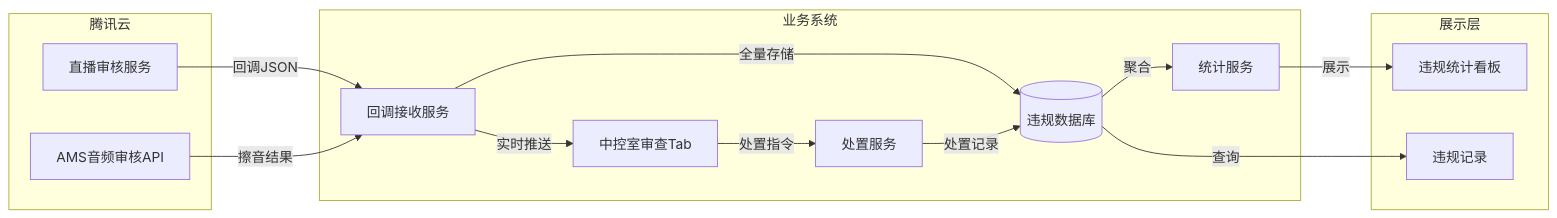
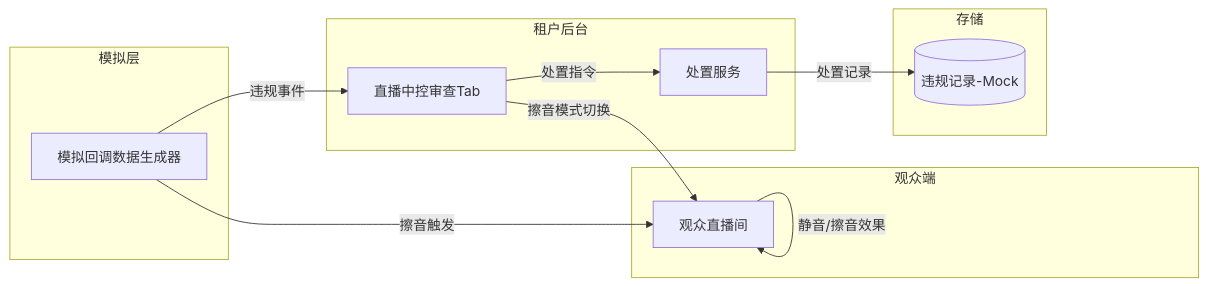
Before and after one commit to Stone1202/SAAS-APP: the second of 5 diagrams in projects/SAAS/docs/01-requirements/16-内容审查域-PRD-v1.0.0.md, drawn with Mermaid. The commit also changed other lines of this file and 63 other files, not shown here.

````diff
--- a/projects/SAAS/docs/01-requirements/16-内容审查域-PRD-v1.0.0.md
+++ b/projects/SAAS/docs/01-requirements/16-内容审查域-PRD-v1.0.0.md
@@ -199,30 +213,26 @@
 ```mermaid
 flowchart LR
-    subgraph 腾讯云
-        TC[直播审核服务]
-        AMS[AMS音频审核API]
+    subgraph 模拟层
+        Mock[模拟回调数据生成器]
     end
     
-    subgraph 业务系统
-        CB[回调接收服务]
-        DB[(违规数据库)]
-        Ctrl[中控室审查Tab]
+    subgraph 租户后台
+        Ctrl[直播中控审查Tab]
         Disp[处置服务]
-        Stat[统计服务]
     end
     
-    subgraph 展示层
-        Dash[违规统计看板]
-        Log[违规记录]
+    subgraph 观众端
+        Viewer[观众直播间]
     end
     
-    TC -->|回调JSON| CB
-    CB -->|全量存储| DB
-    CB -->|实时推送| Ctrl
+    subgraph 存储
+        DB[(违规记录-Mock)]
+    end
+    
+    Mock -->|违规事件| Ctrl
+    Mock -->|擦音触发| Viewer
     Ctrl -->|处置指令| Disp
     Disp -->|处置记录| DB
-    DB -->|聚合| Stat
-    Stat -->|展示| Dash
-    DB -->|查询| Log
-    AMS -->|擦音结果| CB
+    Ctrl -->|擦音模式切换| Viewer
+    Viewer -->|静音/擦音效果| Viewer
 ```
````
